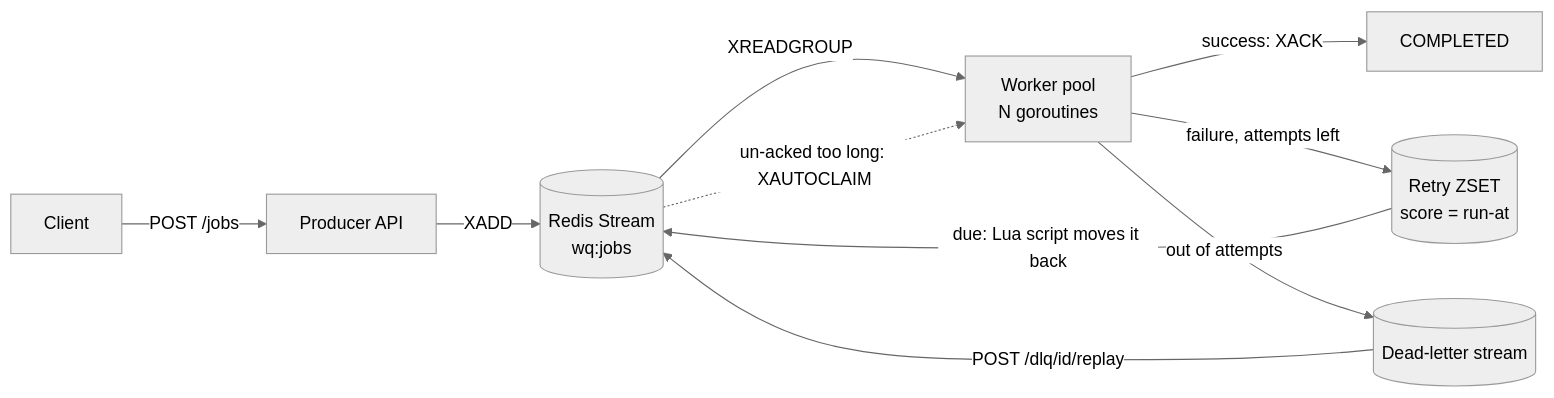
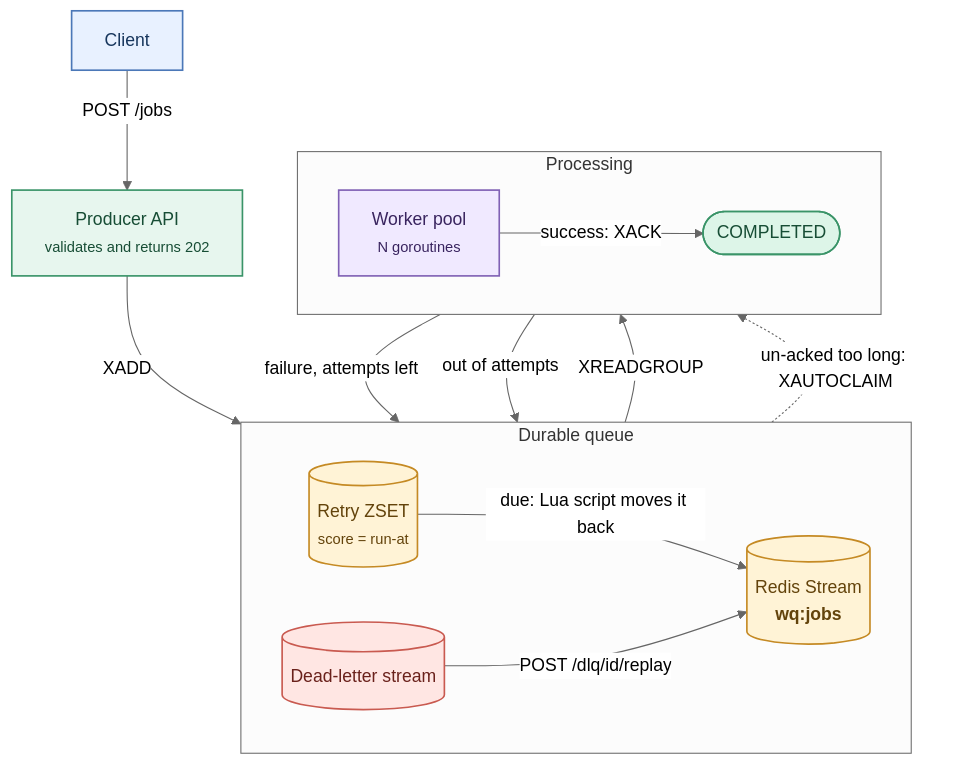
One commit to MeetJain05/work-queue changed the diagram in README.md. Above: the diagram before and after it, drawn with Mermaid (neutral theme). The commit also changed other lines of this file, not shown here.

Commit message:
Update README.md for clarity and accuracy

````diff
--- a/README.md
+++ b/README.md
@@ -31,12 +38,42 @@
 ```mermaid
-flowchart LR
-    C[Client] -->|POST /jobs| P[Producer API]
-    P -->|XADD| S[(Redis Stream<br/>wq:jobs)]
-    S -->|XREADGROUP| W[Worker pool<br/>N goroutines]
-    W -->|success: XACK| D[COMPLETED]
-    W -->|failure, attempts left| R[(Retry ZSET<br/>score = run-at)]
+flowchart TB
+    C[Client]
+    P[Producer API<br/><small>validates and returns 202</small>]
+
+    subgraph QUEUE["Durable queue"]
+        direction LR
+        S[(Redis Stream<br/><b>wq:jobs</b>)]
+        R[(Retry ZSET<br/><small>score = run-at</small>)]
+        DLQ[(Dead-letter stream)]
+    end
+
+    subgraph PROCESSING["Processing"]
+        direction LR
+        W[Worker pool<br/><small>N goroutines</small>]
+        D([COMPLETED])
+    end
+
+    C -->|POST /jobs| P
+    P -->|XADD| S
+    S -->|XREADGROUP| W
+    W -->|success: XACK| D
+    W -->|failure, attempts left| R
     R -->|due: Lua script moves it back| S
-    W -->|out of attempts| DLQ[(Dead-letter stream)]
+    W -->|out of attempts| DLQ
     DLQ -->|POST /dlq/id/replay| S
     S -.->|un-acked too long: XAUTOCLAIM| W
+
+    classDef client fill:#E8F1FF,stroke:#4B78B8,stroke-width:1.5px,color:#17365D
+    classDef api fill:#E7F6EE,stroke:#3A9468,stroke-width:1.5px,color:#174D35
+    classDef queue fill:#FFF3D6,stroke:#C58A24,stroke-width:1.5px,color:#63430B
+    classDef worker fill:#F0E9FF,stroke:#8061B5,stroke-width:1.5px,color:#39245F
+    classDef success fill:#DDF5E8,stroke:#3A9468,stroke-width:1.5px,color:#174D35
+    classDef failure fill:#FFE6E3,stroke:#C95A50,stroke-width:1.5px,color:#6A211B
+
+    class C client
+    class P api
+    class S,R queue
+    class W worker
+    class D success
+    class DLQ failure
 ```
````
